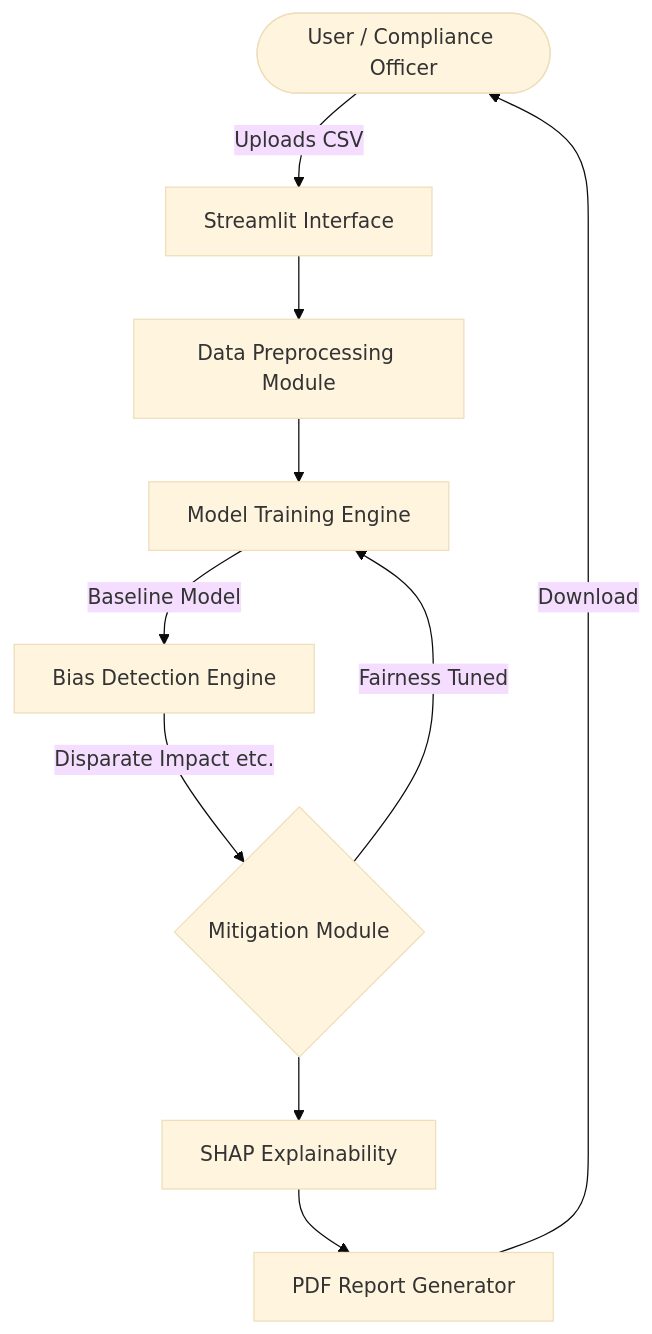
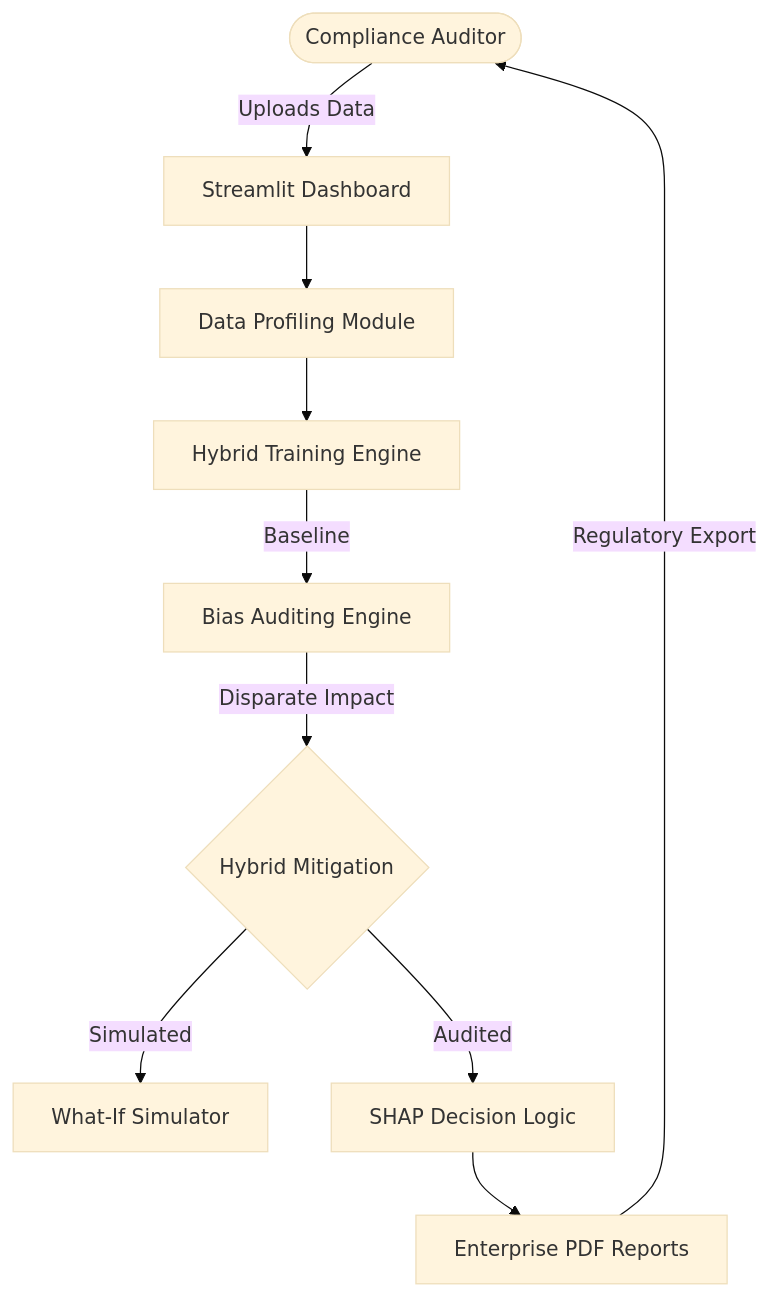
One commit to Prakash-Ramakrishnan110/Loan-project changed the diagram in README.md. Above: the diagram before and after it, drawn with Mermaid (base theme). The commit also changed other lines of this file, not shown here.

Commit message:
docs: update README with enterprise AI fairness features and audit dossier details

````diff
--- a/README.md
+++ b/README.md
@@ -14,12 +38,12 @@
 ```mermaid
 graph TD
-    User([User / Compliance Officer]) -->|Uploads CSV| UI[Streamlit Interface]
-    UI --> Data[Data Preprocessing Module]
-    Data --> Train[Model Training Engine]
-    Train -->|Baseline Model| Bias[Bias Detection Engine]
-    Bias -->|Disparate Impact etc.| Mitigate{Mitigation Module}
-    Mitigate -->|Fairness Tuned| Train
-    Mitigate --> SHAP[SHAP Explainability]
-    SHAP --> PDF[PDF Report Generator]
-    PDF -->|Download| User
+    User([Compliance Auditor]) -->|Uploads Data| UI[Streamlit Dashboard]
+    UI --> Data[Data Profiling Module]
+    Data --> Train[Hybrid Training Engine]
+    Train -->|Baseline| Bias[Bias Auditing Engine]
+    Bias -->|Disparate Impact| Mitigate{Hybrid Mitigation}
+    Mitigate -->|Simulated| WhatIf[What-If Simulator]
+    Mitigate -->|Audited| SHAP[SHAP Decision Logic]
+    SHAP --> PDF[Enterprise PDF Reports]
+    PDF -->|Regulatory Export| User
 ```
````
